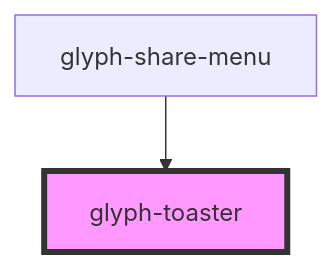
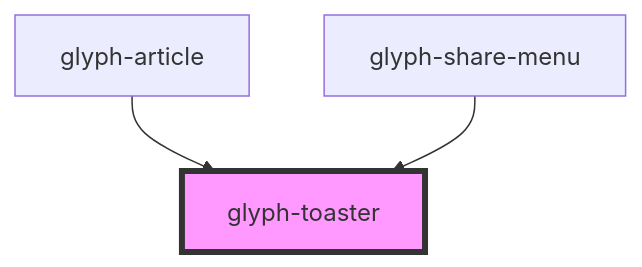
Before and after one commit to adrianiy/synth-ui: the diagram in packages/glyph-components/src/components/toaster/readme.md, drawn with Mermaid. The commit also changed other lines of this file and 12 other files, not shown here.

````diff
--- a/packages/glyph-components/src/components/toaster/readme.md
+++ b/packages/glyph-components/src/components/toaster/readme.md
@@ -24,5 +25,6 @@
 ```mermaid
 graph TD;
+  glyph-article --> glyph-toaster
   glyph-share-menu --> glyph-toaster
   style glyph-toaster fill:#f9f,stroke:#333,stroke-width:4px
 ```
````
